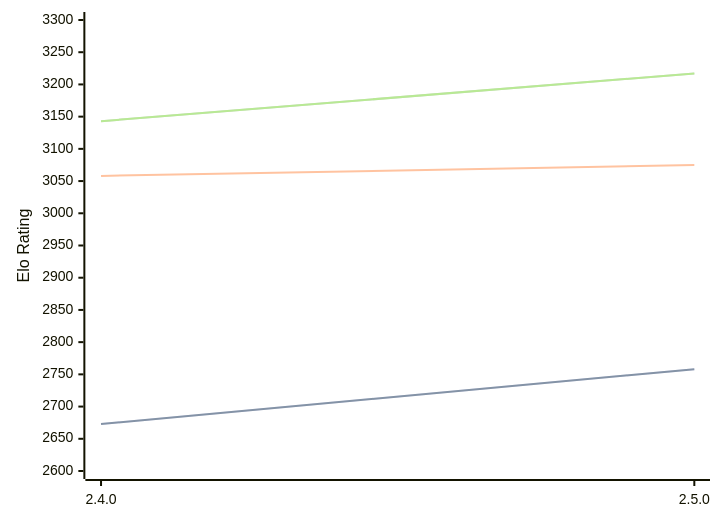
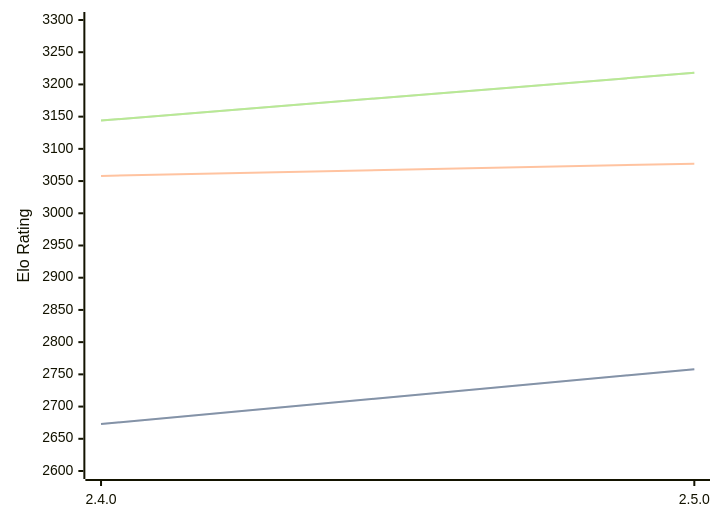
Before and after one commit to computer-chess-index/cci: the diagram in engines/Sturddle2.md, drawn with Mermaid. The commit also changed other lines of this file, not shown here.

Commit message:
Update CCI Ratings (ELO VLTC) - 2026-05-17

````diff
--- a/engines/Sturddle2.md
+++ b/engines/Sturddle2.md
@@ -37,11 +37,11 @@
 ```mermaid
 %%{init: {"theme":"base","themeVariables":{"seriesColors:['#a3a3a3','#222221','#faa371']}}}%%
 xychart-beta
   x-axis ["2.4.0", "2.5.0"]
   y-axis "Elo Rating" 2600 --> 3300
   line "STC (8.0+0.08s)" [2673, 2758]
   line "STC (8.0+0.08s)" [2673, 2758]
-  line "LTC (60.0+0.60s)" [3058, 3075]
-  line "VLTC (2m24s+1.12s)" [3143, 3217]
-  line "VLTC (2m24s+1.12s)" [3143, 3217]
+  line "LTC (60.0+0.60s)" [3058, 3077]
+  line "VLTC (2m24s+1.12s)" [3144, 3218]
+  line "VLTC (2m24s+1.12s)" [3144, 3218]
 ```
````
